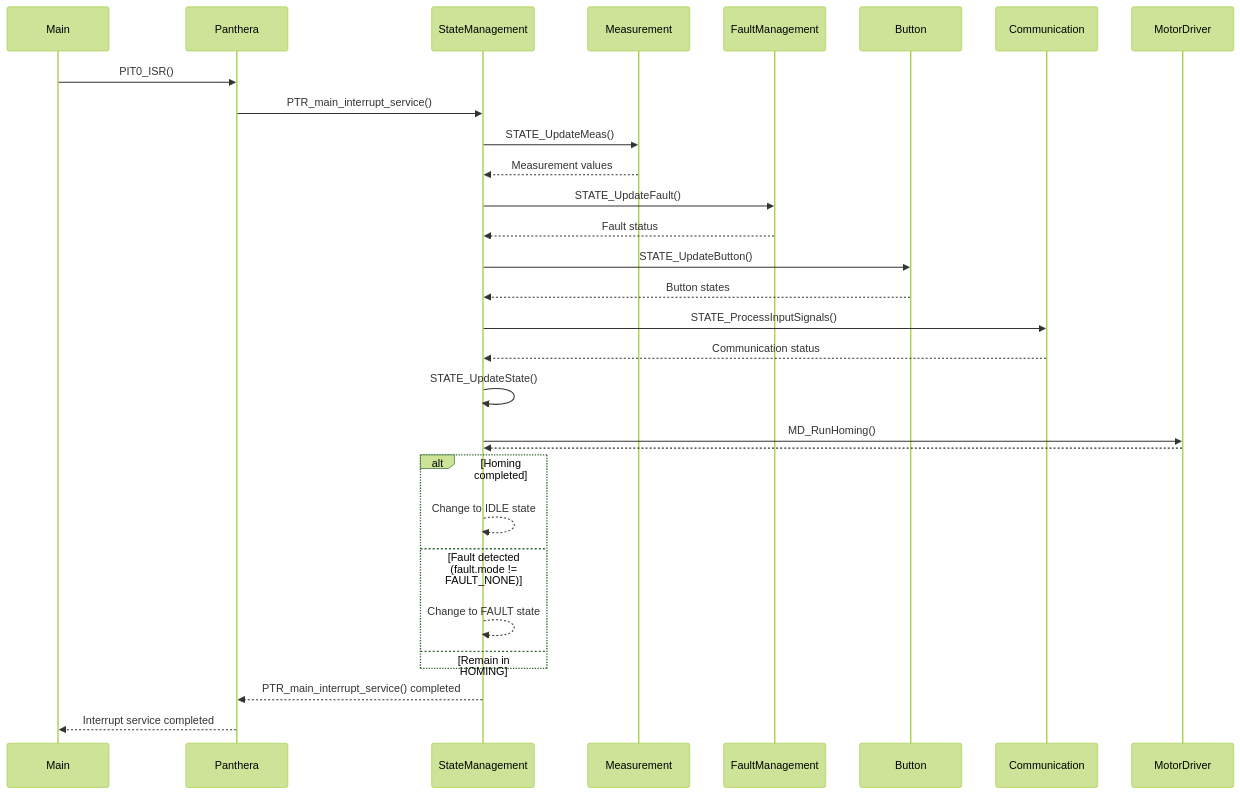
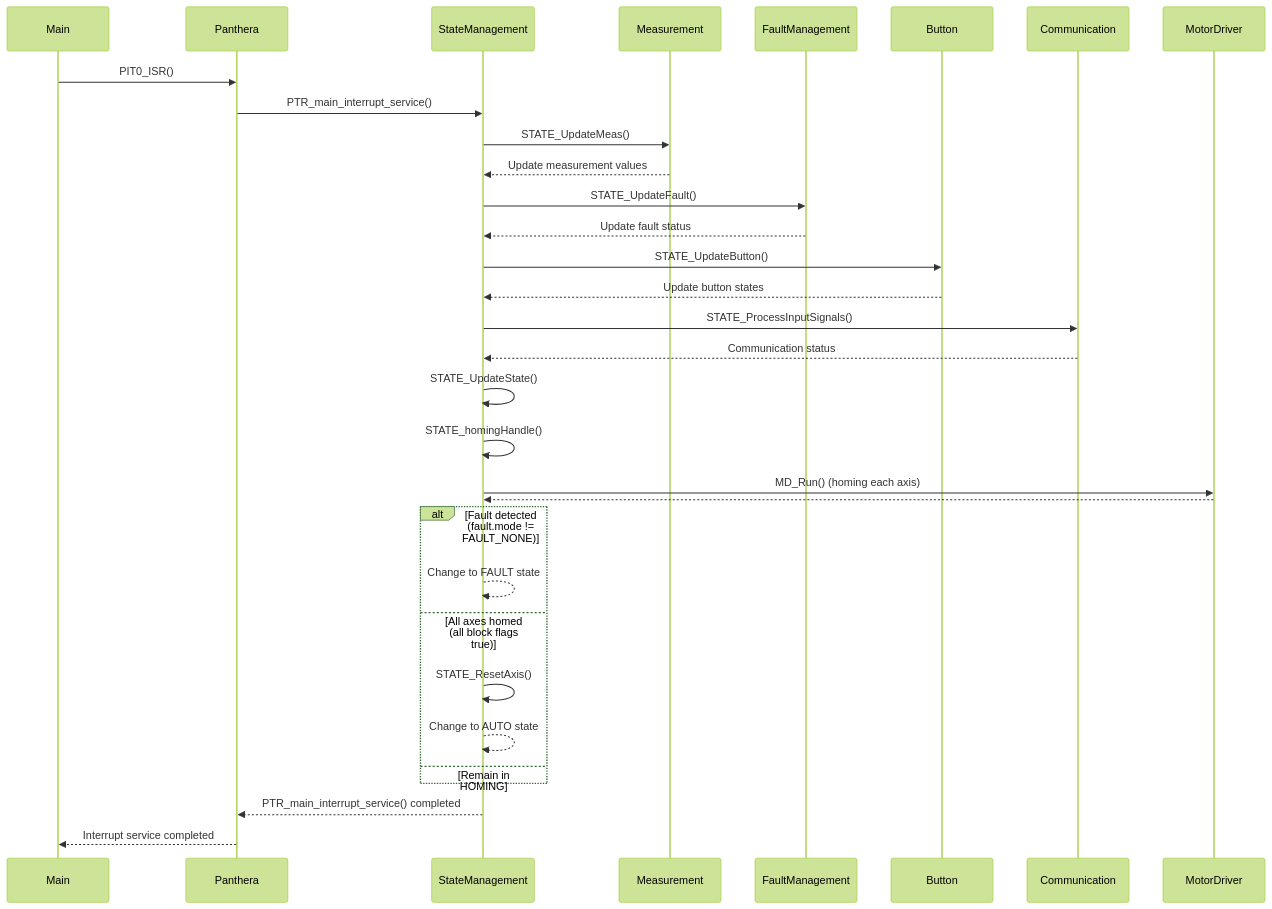
The diagram in Document/DetailState/State_Homing.md (lab-vncommic/PantheraProject), drawn with Mermaid (forest theme) before and after one commit. The commit also changed 11 other files, not shown here.

````diff
--- a/Document/DetailState/State_Homing.md
+++ b/Document/DetailState/State_Homing.md
@@ -1,41 +1,37 @@
 ```mermaid
 sequenceDiagram
     participant Main as Main
     participant App as Panthera
     participant State as StateManagement
     participant Meas as Measurement
     participant Fault as FaultManagement
     participant Btn as Button
     participant Comm as Communication
     participant Motor as MotorDriver
 
     Main->>App: PIT0_ISR()
     App->>State: PTR_main_interrupt_service()
     State->>Meas: STATE_UpdateMeas()
-    Meas-->>State: Measurement values
-
+    Meas-->>State: Update measurement values
     State->>Fault: STATE_UpdateFault()
-    Fault-->>State: Fault status
-
+    Fault-->>State: Update fault status
     State->>Btn: STATE_UpdateButton()
-    Btn-->>State: Button states
-
+    Btn-->>State: Update button states
     State->>Comm: STATE_ProcessInputSignals()
     Comm-->>State: Communication status
-
     State->>State: STATE_UpdateState()
 
     %% HOMING state logic
-    State->>Motor: MD_RunHoming()
+    State->>State: STATE_homingHandle()
+    State->>Motor: MD_Run() (homing each axis)
     Motor-->>State:
-
-    alt Homing completed
-        State-->>State: Change to IDLE state
-    else Fault detected (fault.mode != FAULT_NONE)
+    alt Fault detected (fault.mode != FAULT_NONE)
         State-->>State: Change to FAULT state
+    else All axes homed (all block flags true)
+        State->>State: STATE_ResetAxis()
+        State-->>State: Change to AUTO state
     else Remain in HOMING
     end
-
     State-->>App: PTR_main_interrupt_service() completed
     App-->>Main: Interrupt service completed
 ```
````
